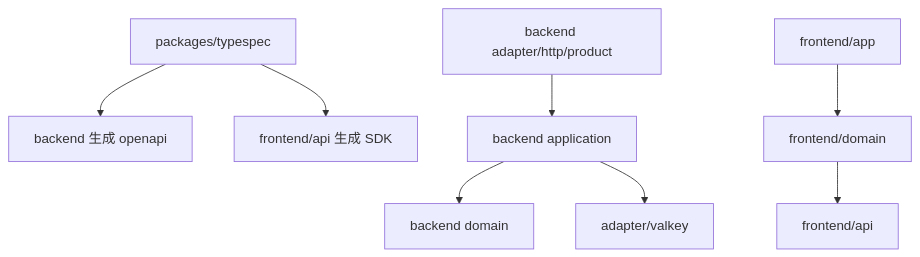
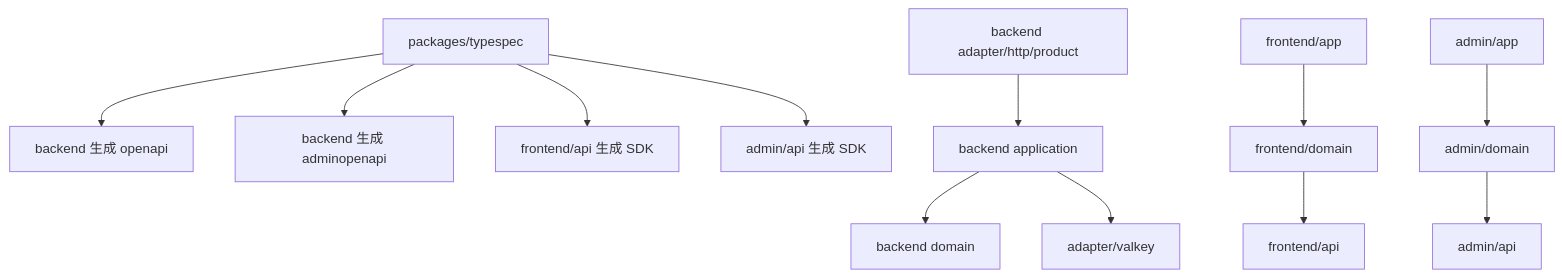
One commit to witwire-net/www-template changed the second of 5 diagrams in openspec/changes/product-cookie-bearer-auth/design.md. Above: the diagram before and after it, drawn with Mermaid. The commit also changed other lines of this file and 6 other files, not shown here.

````diff
--- a/openspec/changes/product-cookie-bearer-auth/design.md
+++ b/openspec/changes/product-cookie-bearer-auth/design.md
@@ -125,10 +276,14 @@
 ```mermaid
 flowchart TB
   Typespec[packages/typespec] --> GeneratedGo[backend 生成 openapi]
+  Typespec --> GeneratedAdminGo[backend 生成 adminopenapi]
   Typespec --> GeneratedTS[frontend/api 生成 SDK]
+  Typespec --> GeneratedAdminTS[admin/api 生成 SDK]
   BackendHTTP[backend adapter/http/product] --> BackendApp[backend application]
   BackendApp --> BackendDomain[backend domain]
   BackendApp --> Valkey[adapter/valkey]
   FrontendApp[frontend/app] --> FrontendDomain[frontend/domain]
   FrontendDomain --> FrontendAPI[frontend/api]
+  AdminApp[admin/app] --> AdminDomain[admin/domain]
+  AdminDomain --> AdminAPI[admin/api]
 ```
````
